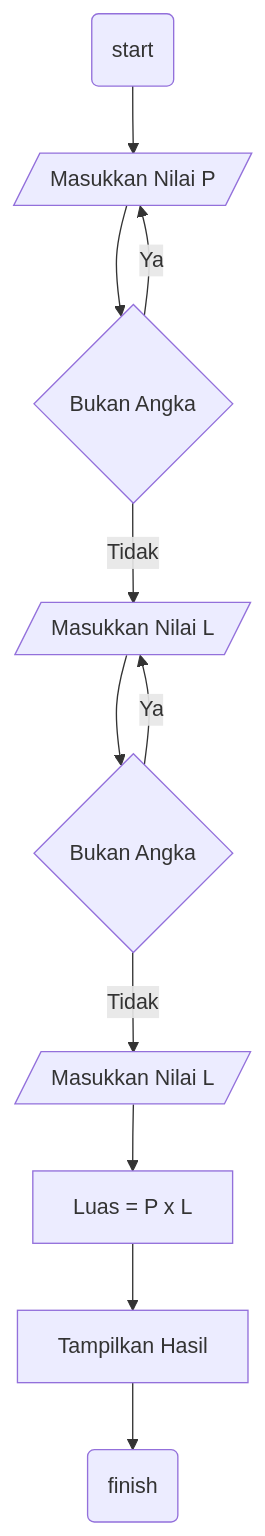
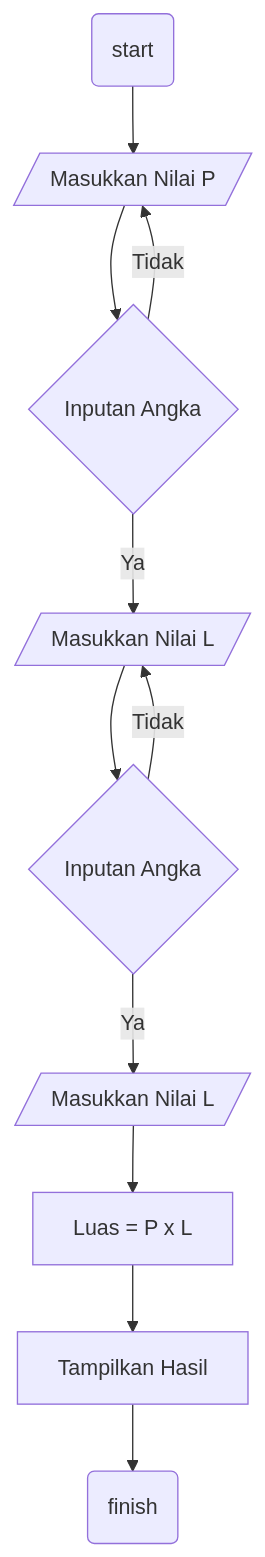
One commit to djambred/daa changed the diagram in pert2/flowchart.md. Above: the diagram before and after it, drawn with Mermaid. The commit also changed other lines of this file, not shown here.

Commit message:
fresh from oven

````diff
--- a/pert2/flowchart.md
+++ b/pert2/flowchart.md
@@ -1,13 +1,14 @@
 ```mermaid
     flowchart TD;
+    %% DOKUMENTASI https://mermaid.js.org/syntax/flowchart.html
     A(start) --> B[/Masukkan Nilai P/];
-    B --> C{Bukan Angka}
-    C -- Ya --> B
-    C -- Tidak -->D[/Masukkan Nilai L/];
-    D --> E{Bukan Angka}
-    E -- Ya --> D
-    E -- Tidak -->F[/Masukkan Nilai L/];
+    B --> C{Inputan Angka}
+    C -- Tidak --> B
+    C -- Ya -->D[/Masukkan Nilai L/];
+    D --> E{Inputan Angka}
+    E -- Tidak --> D
+    E -- Ya -->F[/Masukkan Nilai L/];
     F --> G[Luas = P x L];
     G --> I[Tampilkan Hasil];
     I --> J(finish);
 ```
````
